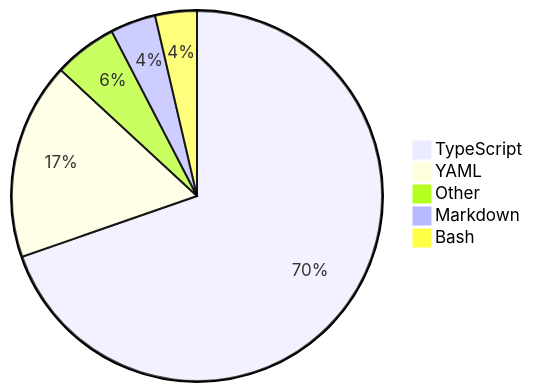
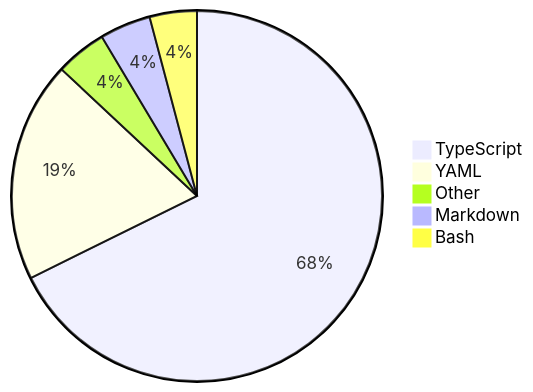
The diagram in README.md (skvggor/skvggor), drawn with Mermaid before and after one commit.

Commit message:
Updated waka-readme graph with new metrics

````diff
--- a/README.md
+++ b/README.md
@@ -16,8 +16,8 @@
 ```mermaid
 pie
-    "TypeScript" : 63.2
-    "YAML" : 15.6
-    "Other" : 5.0
-    "Markdown" : 3.6
-    "Bash" : 3.3
+    "TypeScript" : 60.8
+    "YAML" : 17.3
+    "Other" : 4.0
+    "Markdown" : 4.0
+    "Bash" : 3.7
 ```
````
